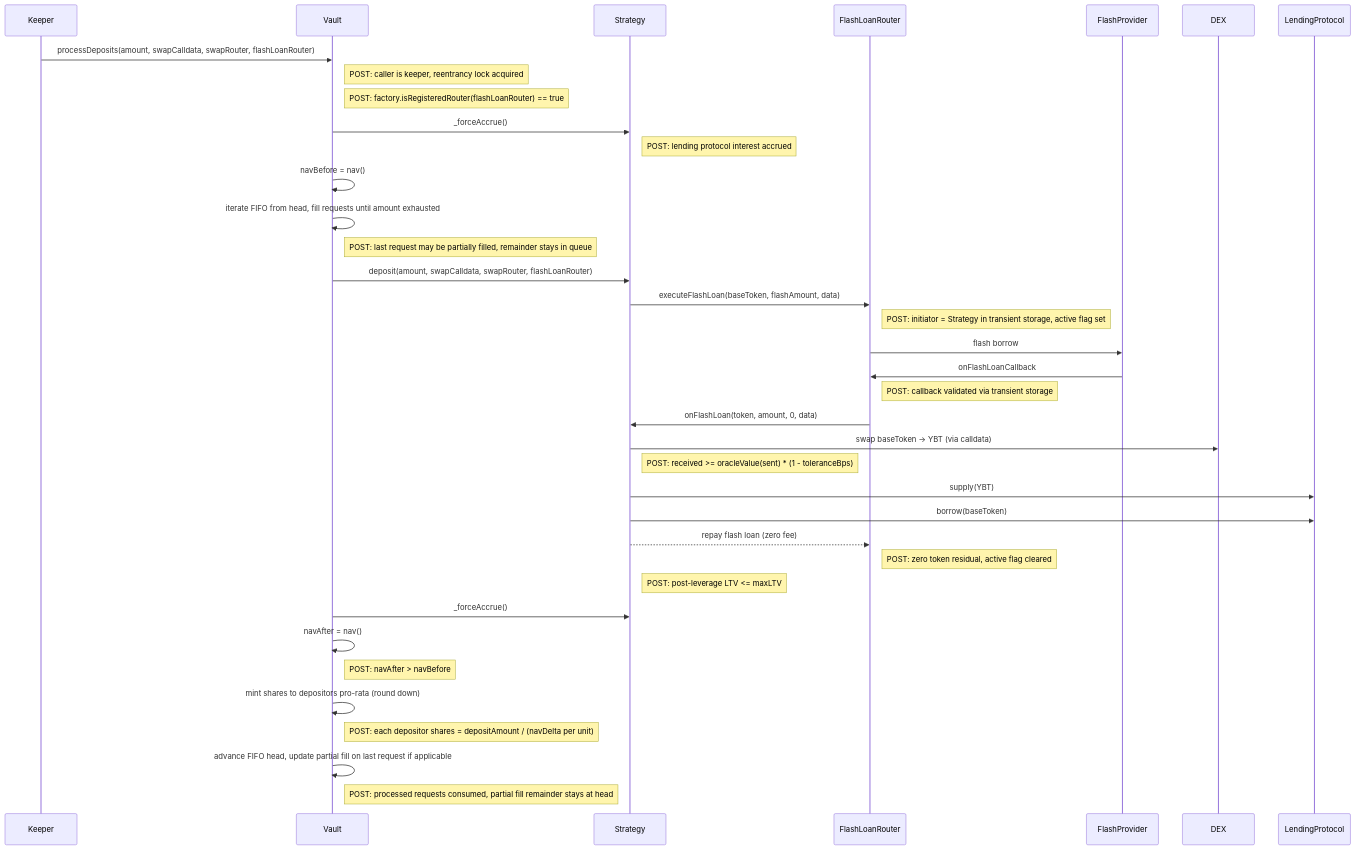
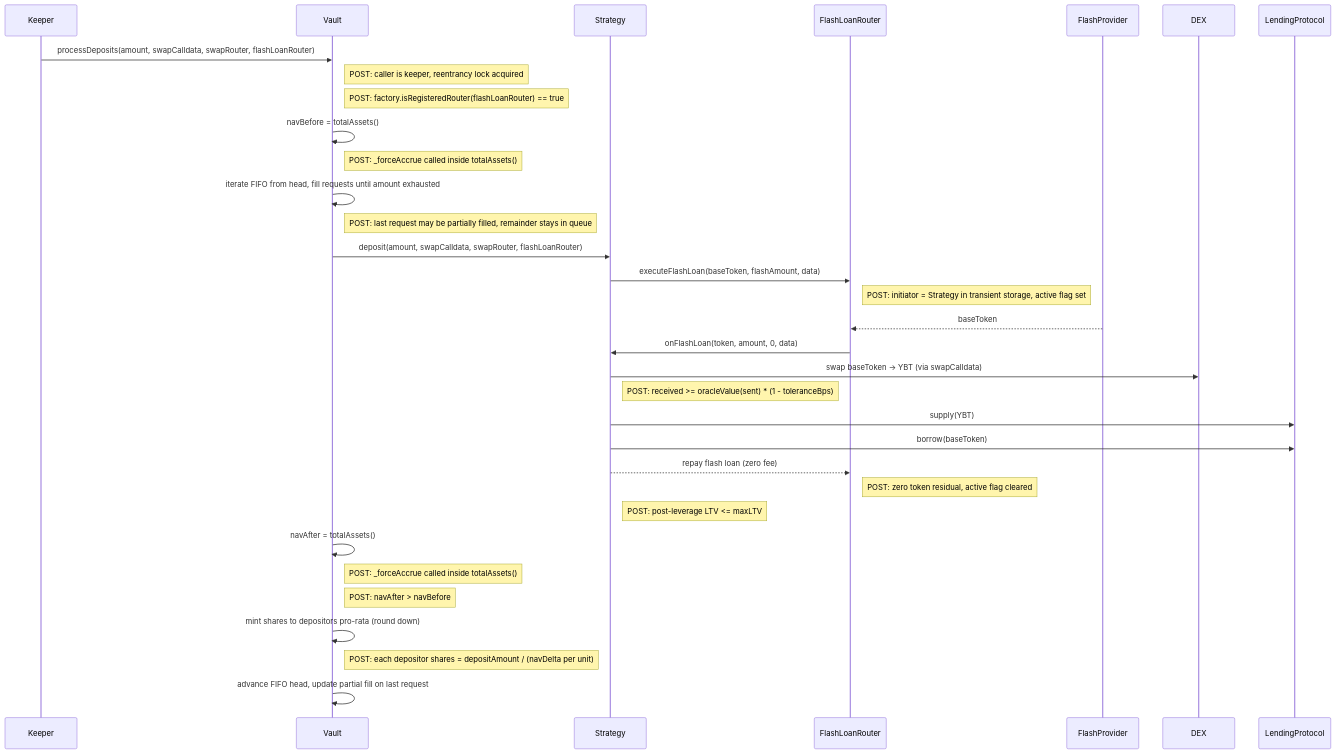
Before and after one commit to evgenynacu/leverage-vaults: the fifth of 22 diagrams in docs/architecture/call-diagrams.md, drawn with Mermaid. The commit also changed other lines of this file and 18 other files, not shown here.

````diff
--- a/docs/architecture/call-diagrams.md
+++ b/docs/architecture/call-diagrams.md
@@ -62,32 +64,28 @@
 ```mermaid
 sequenceDiagram
     Keeper->>Vault: processDeposits(amount, swapCalldata, swapRouter, flashLoanRouter)
     note right of Vault: POST: caller is keeper, reentrancy lock acquired
     note right of Vault: POST: factory.isRegisteredRouter(flashLoanRouter) == true
-    Vault->>Strategy: _forceAccrue()
-    note right of Strategy: POST: lending protocol interest accrued
-    Vault->>Vault: navBefore = nav()
+    Vault->>Vault: navBefore = totalAssets()
+    note right of Vault: POST: _forceAccrue called inside totalAssets()
     Vault->>Vault: iterate FIFO from head, fill requests until amount exhausted
     note right of Vault: POST: last request may be partially filled, remainder stays in queue
     Vault->>Strategy: deposit(amount, swapCalldata, swapRouter, flashLoanRouter)
     Strategy->>FlashLoanRouter: executeFlashLoan(baseToken, flashAmount, data)
     note right of FlashLoanRouter: POST: initiator = Strategy in transient storage, active flag set
-    FlashLoanRouter->>FlashProvider: flash borrow
-    FlashProvider->>FlashLoanRouter: onFlashLoanCallback
-    note right of FlashLoanRouter: POST: callback validated via transient storage
+    FlashProvider-->>FlashLoanRouter: baseToken
     FlashLoanRouter->>Strategy: onFlashLoan(token, amount, 0, data)
-    Strategy->>DEX: swap baseToken -> YBT (via calldata)
+    Strategy->>DEX: swap baseToken -> YBT (via swapCalldata)
     note right of Strategy: POST: received >= oracleValue(sent) * (1 - toleranceBps)
     Strategy->>LendingProtocol: supply(YBT)
     Strategy->>LendingProtocol: borrow(baseToken)
     Strategy-->>FlashLoanRouter: repay flash loan (zero fee)
     note right of FlashLoanRouter: POST: zero token residual, active flag cleared
     note right of Strategy: POST: post-leverage LTV <= maxLTV
-    Vault->>Strategy: _forceAccrue()
-    Vault->>Vault: navAfter = nav()
+    Vault->>Vault: navAfter = totalAssets()
+    note right of Vault: POST: _forceAccrue called inside totalAssets()
     note right of Vault: POST: navAfter > navBefore
     Vault->>Vault: mint shares to depositors pro-rata (round down)
     note right of Vault: POST: each depositor shares = depositAmount / (navDelta per unit)
-    Vault->>Vault: advance FIFO head, update partial fill on last request if applicable
-    note right of Vault: POST: processed requests consumed, partial fill remainder stays at head
+    Vault->>Vault: advance FIFO head, update partial fill on last request
 ```
````
